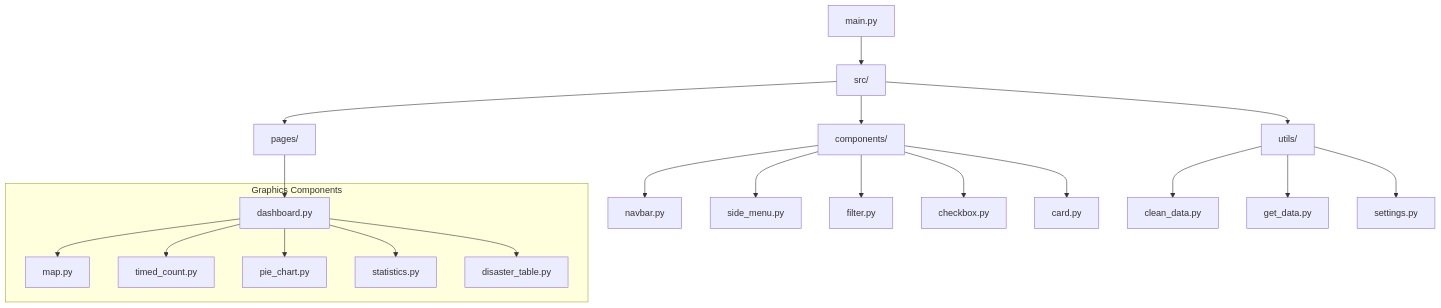
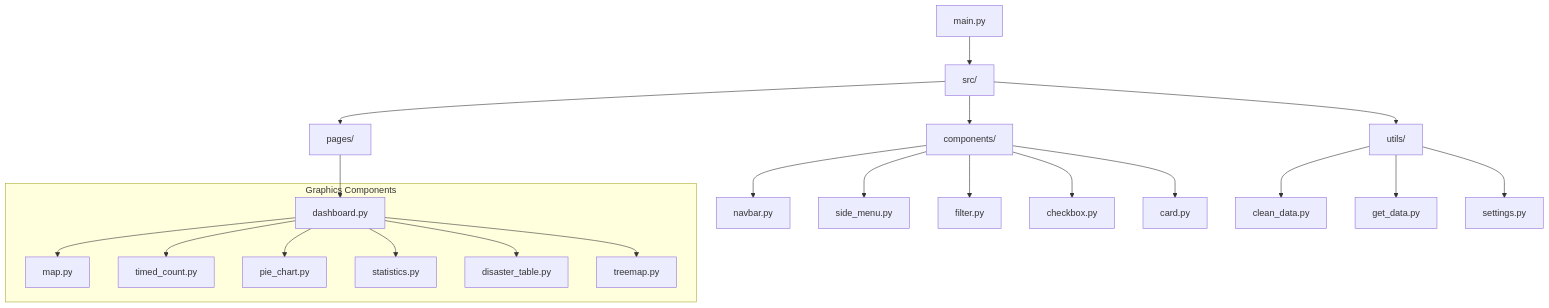
Before and after one commit to luucas7/disasters: the first of 2 diagrams in README.md, drawn with Mermaid. The commit also changed other lines of this file, not shown here.

Commit message:
Update README to include treemap.py in the project structure and enhance DisasterTreemap class diagram

````diff
--- a/README.md
+++ b/README.md
@@ -75,27 +75,28 @@
 ```mermaid
 graph TD
     A[main.py] --> B[src/]
     B --> C[components/]
     B --> D[pages/]
     B --> E[utils/]
     
     C --> C1[navbar.py]
     C --> C2[side_menu.py]
     C --> C3[filter.py]
     C --> C4[checkbox.py]
     C --> C5[card.py]
     
     D --> D1[dashboard.py]
     
     E --> E1[clean_data.py]
     E --> E2[get_data.py]
     E --> E3[settings.py]
 
     subgraph Graphics Components
         D1 --> G1[map.py]
         D1 --> G2[timed_count.py]
         D1 --> G3[pie_chart.py]
         D1 --> G4[statistics.py]
         D1 --> G5[disaster_table.py]
+        D1 --> G6[treemap.py]
     end
 ```
````
